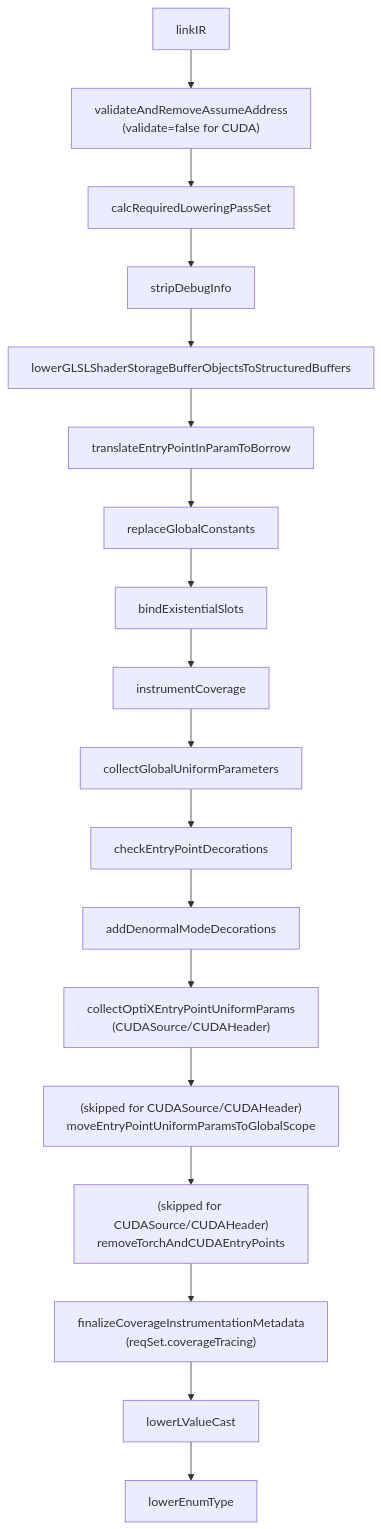
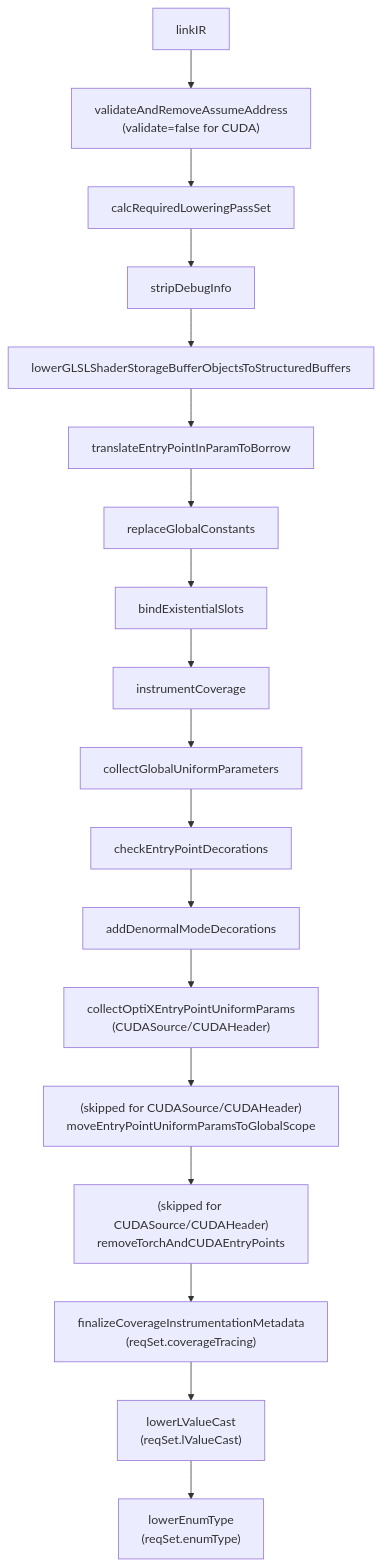
The second of 5 diagrams in docs/generated/design/target-pipelines/cuda.md (shader-slang/slang), drawn with Mermaid before and after one commit. The commit also changed other lines of this file and 176 other files, not shown here.

````diff
--- a/docs/generated/design/target-pipelines/cuda.md
+++ b/docs/generated/design/target-pipelines/cuda.md
@@ -119,24 +135,24 @@
 ```mermaid
 flowchart TD
   linkIRn[linkIR]
   vaaaCuda["validateAndRemoveAssumeAddress<br/>(validate=false for CUDA)"]
   reqSet1[calcRequiredLoweringPassSet]
   stripDI[stripDebugInfo]
   ssbo[lowerGLSLShaderStorageBufferObjectsToStructuredBuffers]
   tEPInBorrow[translateEntryPointInParamToBorrow]
   rGC[replaceGlobalConstants]
   bES[bindExistentialSlots]
   iC[instrumentCoverage]
   cGUP[collectGlobalUniformParameters]
   cEPD[checkEntryPointDecorations]
   aDMD[addDenormalModeDecorations]
   cOEPUP["collectOptiXEntryPointUniformParams<br/>(CUDASource/CUDAHeader)"]
   skip_mEPUP["(skipped for CUDASource/CUDAHeader)<br/>moveEntryPointUniformParamsToGlobalScope"]
   skip_rTCEP["(skipped for CUDASource/CUDAHeader)<br/>removeTorchAndCUDAEntryPoints"]
   fCIM["finalizeCoverageInstrumentationMetadata<br/>(reqSet.coverageTracing)"]
-  lLVC[lowerLValueCast]
-  lET[lowerEnumType]
+  lLVC["lowerLValueCast<br/>(reqSet.lValueCast)"]
+  lET["lowerEnumType<br/>(reqSet.enumType)"]
 
   linkIRn --> vaaaCuda --> reqSet1 --> stripDI --> ssbo --> tEPInBorrow --> rGC --> bES --> iC --> cGUP --> cEPD --> aDMD --> cOEPUP
   cOEPUP --> skip_mEPUP --> skip_rTCEP --> fCIM --> lLVC --> lET
 ```
````
